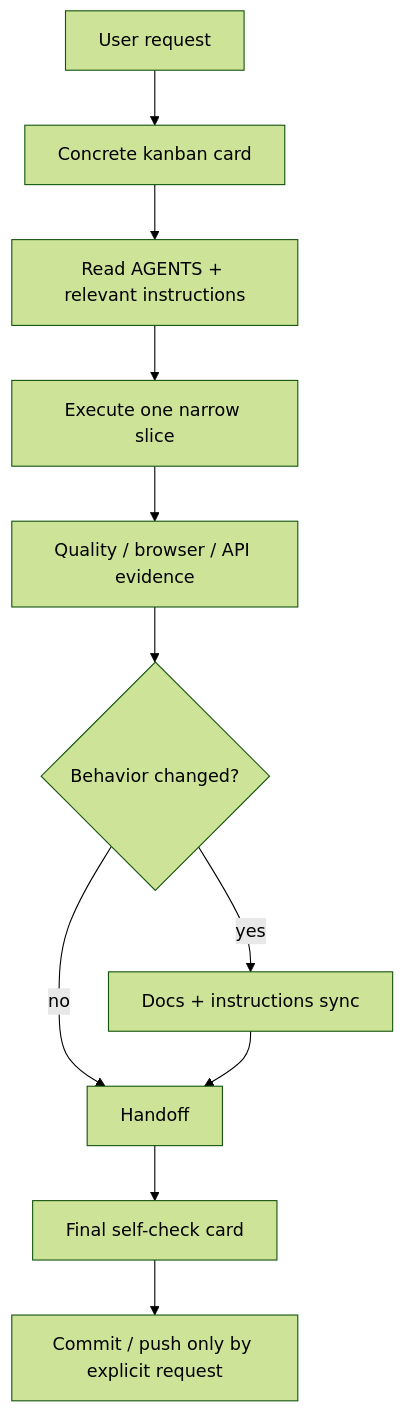
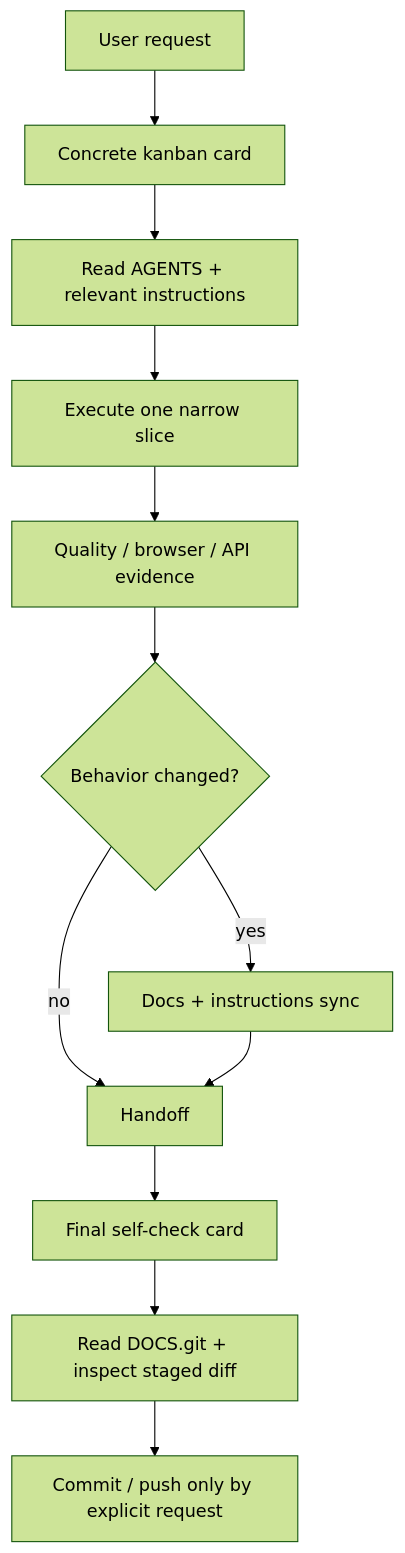
The diagram in doc/agent-workflow.md (VladimirMonin/django_6_blog), drawn with Mermaid (forest theme) before and after one commit. The commit also changed other lines of this file and 9 other files, not shown here.

````diff
--- a/doc/agent-workflow.md
+++ b/doc/agent-workflow.md
@@ -102,13 +104,14 @@
 ```mermaid
 flowchart TD
     A[User request] --> B[Concrete kanban card]
     B --> C[Read AGENTS + relevant instructions]
     C --> D[Execute one narrow slice]
     D --> E[Quality / browser / API evidence]
     E --> F{Behavior changed?}
     F -- yes --> G[Docs + instructions sync]
     F -- no --> H[Handoff]
     G --> H
     H --> I[Final self-check card]
-    I --> J[Commit / push only by explicit request]
+    I --> K[Read DOCS.git + inspect staged diff]
+    K --> J[Commit / push only by explicit request]
 ```
````
